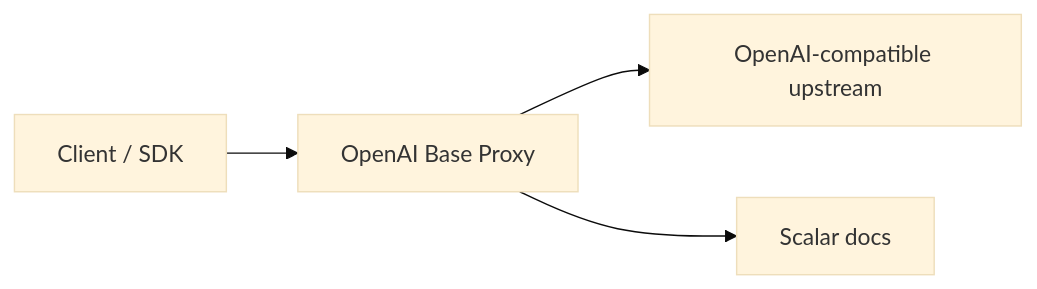
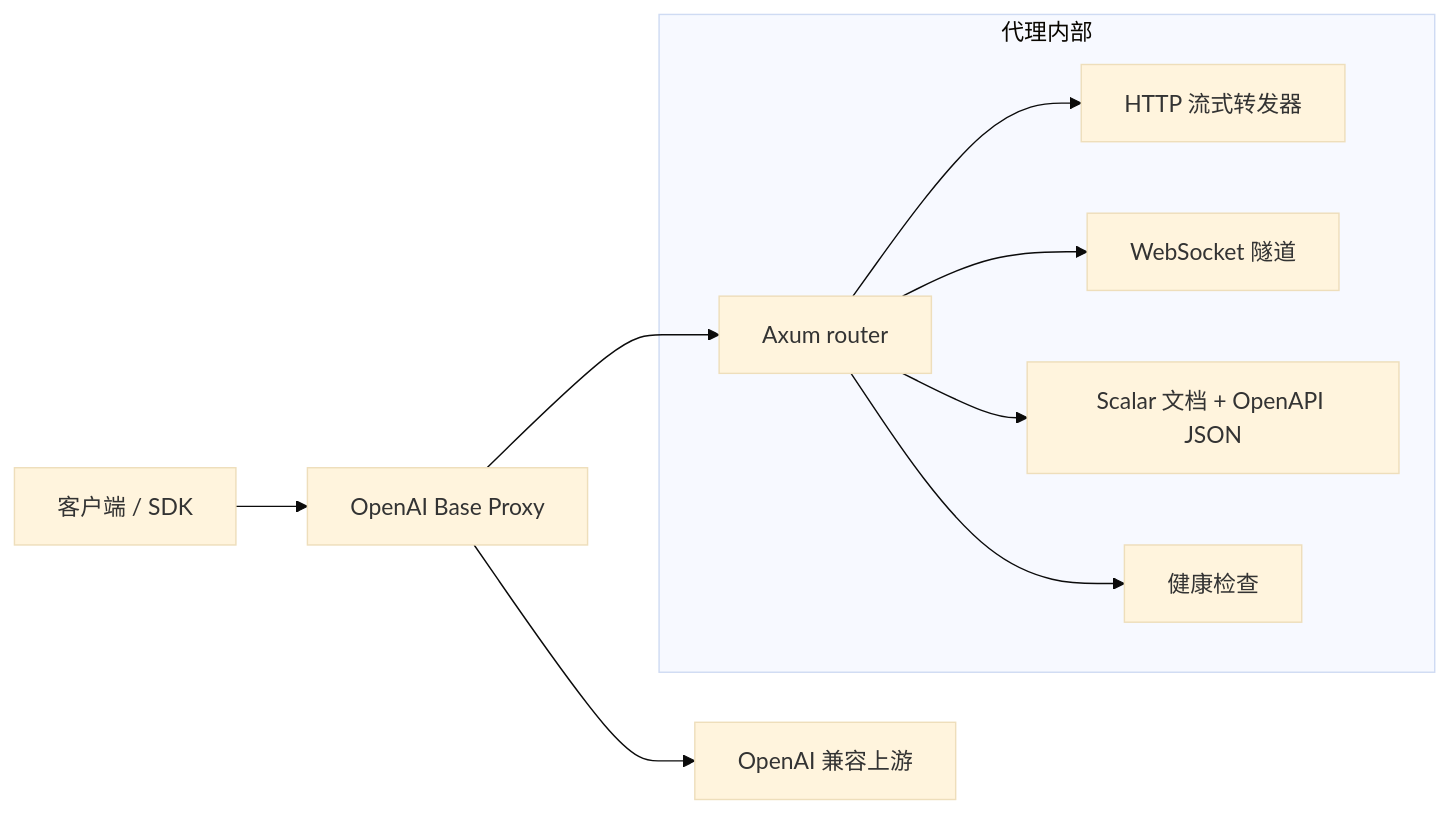
One commit to B1gM8c/openai-base-proxy changed the diagram in docs/README.zh-CN.md. Above: the diagram before and after it, drawn with Mermaid (base theme). The commit also changed other lines of this file and 3 other files, not shown here.

````diff
--- a/docs/README.zh-CN.md
+++ b/docs/README.zh-CN.md
@@ -25,6 +51,19 @@
 ```mermaid
 flowchart LR
-    Client["Client / SDK"] --> Proxy["OpenAI Base Proxy"]
-    Proxy --> OpenAI["OpenAI-compatible upstream"]
-    Proxy --> Docs["Scalar docs"]
+    Client["客户端 / SDK"] --> Proxy["OpenAI Base Proxy"]
+    Proxy --> OpenAI["OpenAI 兼容上游"]
+
+    subgraph ProxyInternals["代理内部"]
+        Router["Axum router"]
+        Http["HTTP 流式转发器"]
+        Ws["WebSocket 隧道"]
+        Docs["Scalar 文档 + OpenAPI JSON"]
+        Health["健康检查"]
+    end
+
+    Proxy --> Router
+    Router --> Http
+    Router --> Ws
+    Router --> Docs
+    Router --> Health
 ```
````
